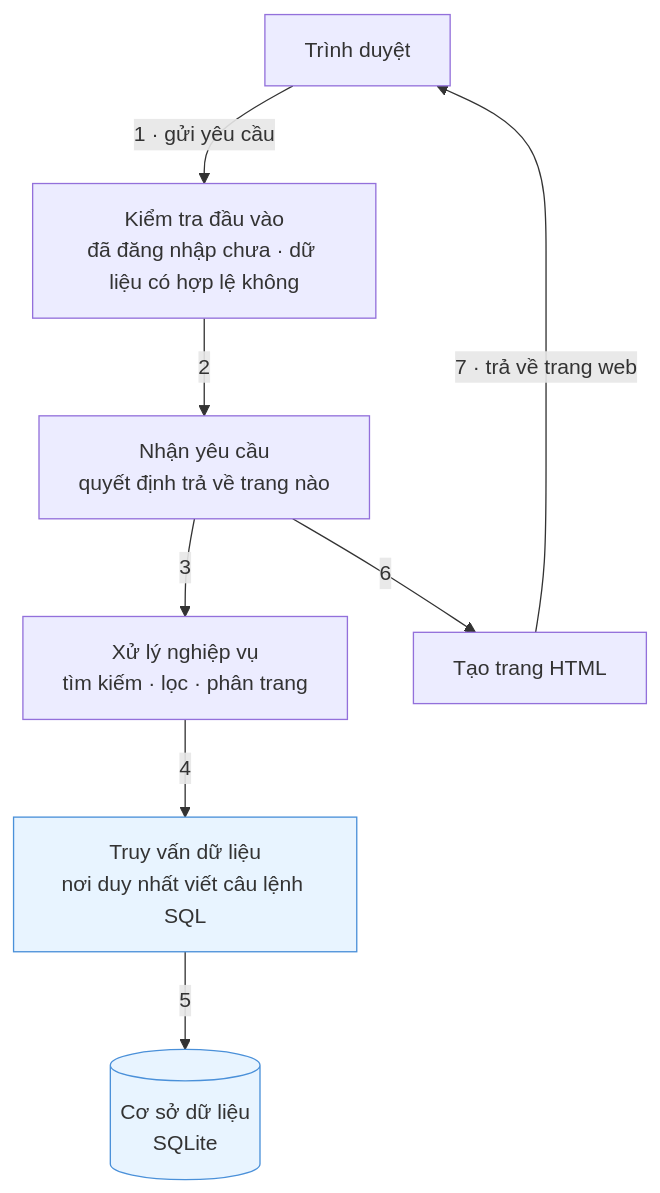
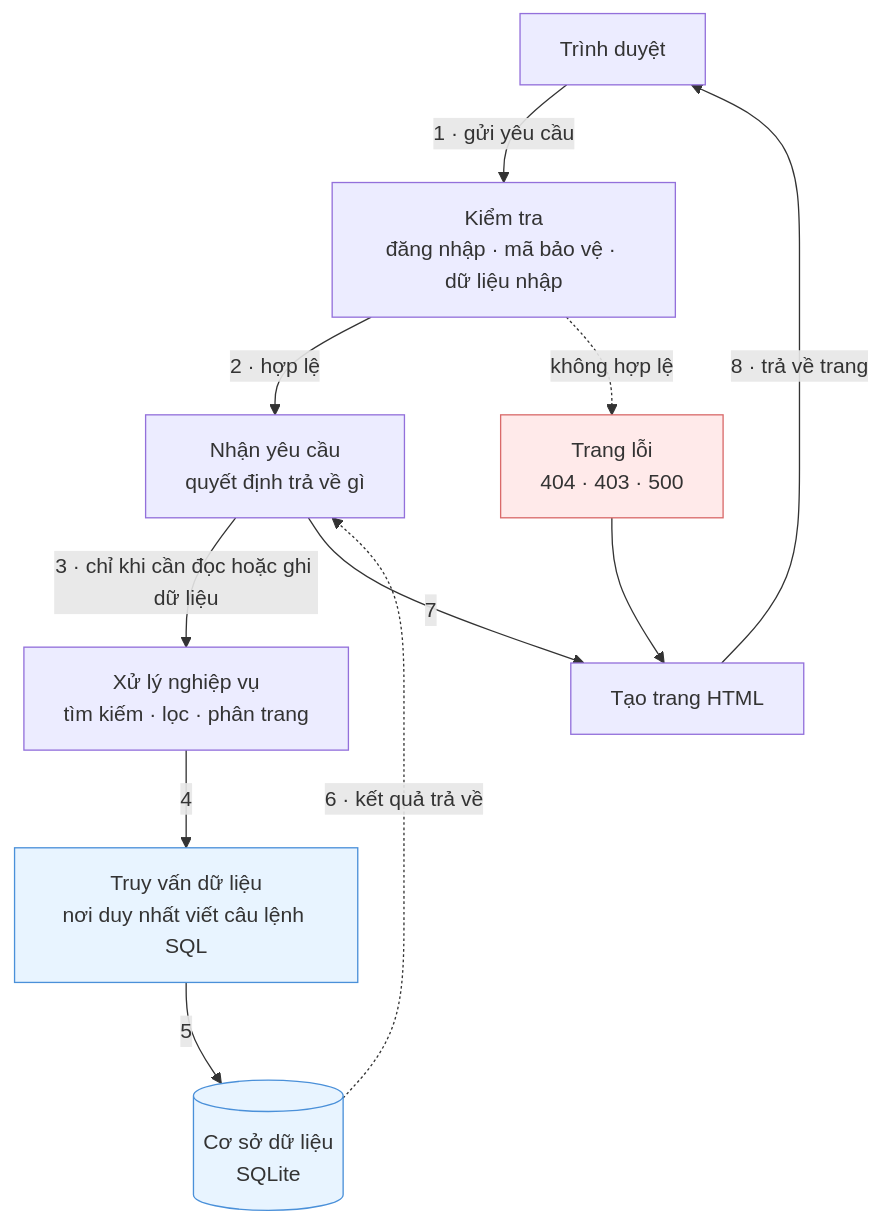
Before and after one commit to Dubu0312/cong-nghe-web: the first of 4 diagrams in docs/kien-truc.md, drawn with Mermaid. The commit also changed other lines of this file and 3 other files, not shown here.

````diff
--- a/docs/kien-truc.md
+++ b/docs/kien-truc.md
@@ -12,21 +12,27 @@
 ```mermaid
 flowchart TD
     B["Trình duyệt"]
-    K["Kiểm tra đầu vào<br/>đã đăng nhập chưa · dữ liệu có hợp lệ không"]
-    C["Nhận yêu cầu<br/>quyết định trả về trang nào"]
+    K["Kiểm tra<br/>đăng nhập · mã bảo vệ · dữ liệu nhập"]
+    C["Nhận yêu cầu<br/>quyết định trả về gì"]
     S["Xử lý nghiệp vụ<br/>tìm kiếm · lọc · phân trang"]
     R["Truy vấn dữ liệu<br/>nơi duy nhất viết câu lệnh SQL"]
     DB[("Cơ sở dữ liệu<br/>SQLite")]
     V["Tạo trang HTML"]
+    E["Trang lỗi<br/>404 · 403 · 500"]
 
     B -->|"1 · gửi yêu cầu"| K
-    K -->|"2"| C
-    C -->|"3"| S
+    K -->|"2 · hợp lệ"| C
+    C -->|"3 · chỉ khi cần đọc hoặc ghi dữ liệu"| S
     S -->|"4"| R
     R -->|"5"| DB
-    C -->|"6"| V
-    V -->|"7 · trả về trang web"| B
+    DB -.->|"6 · kết quả trả về"| C
+    C -->|"7"| V
+    V -->|"8 · trả về trang"| B
+    K -.->|"không hợp lệ"| E
+    E --> V
 
     classDef db fill:#e8f4ff,stroke:#4a90d9
+    classDef err fill:#ffeaea,stroke:#d96a6a
     class R,DB db
+    class E err
 ```
````
